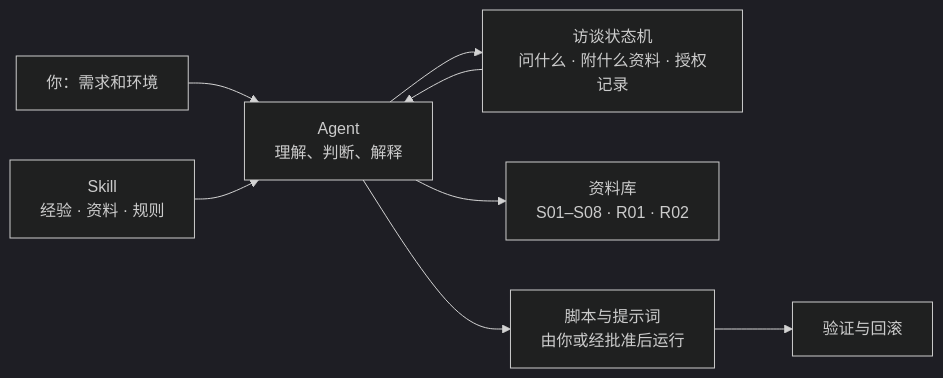
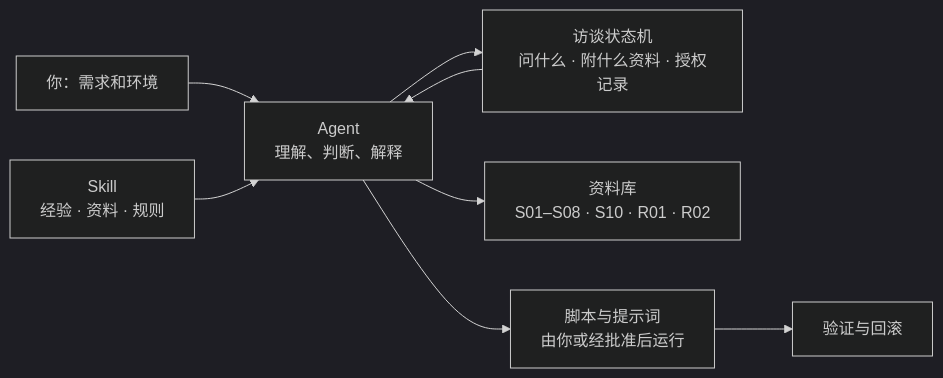
The diagram in README.md (DUNHKpcc/Claude-Guardian), drawn with Mermaid (dark theme) before and after one commit. The commit also changed 18 other files, not shown here.

````diff
--- a/README.md
+++ b/README.md
@@ -93,10 +93,10 @@
 ```mermaid
 flowchart LR
     U["你：需求和环境"] --> A["Agent<br/>理解、判断、解释"]
     S["Skill<br/>经验 · 资料 · 规则"] --> A
     A --> Q["访谈状态机<br/>问什么 · 附什么资料 · 授权记录"]
-    A --> R["资料库<br/>S01–S08 · R01 · R02"]
+    A --> R["资料库<br/>S01–S08 · S10 · R01 · R02"]
     A --> X["脚本与提示词<br/>由你或经批准后运行"]
     Q --> A
     X --> V["验证与回滚"]
 ```
````
